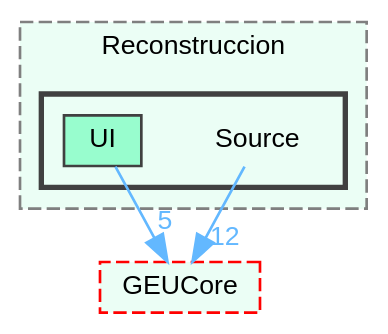
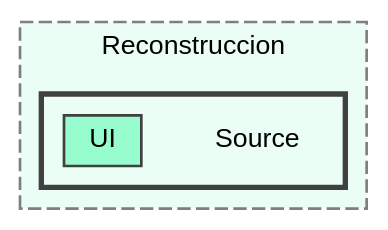
One commit to GGGJaen/GGGJaen.github.io changed the diagram in DevDocs/dir_e0f6bb79a60990e7385239c965311f8f_dep.dot. Above: the diagram before and after it, drawn with Graphviz. The commit also changed 503 other files, not shown here.

```diff
--- a/DevDocs/dir_e0f6bb79a60990e7385239c965311f8f_dep.dot
+++ b/DevDocs/dir_e0f6bb79a60990e7385239c965311f8f_dep.dot
@@ -1,19 +1,16 @@
 digraph "C:/GEU/GEUModules/Reconstruccion/Source"
 {
  // LATEX_PDF_SIZE
   bgcolor="transparent";
   edge [fontname=Helvetica,fontsize=10,labelfontname=Helvetica,labelfontsize=10];
   node [fontname=Helvetica,fontsize=10,shape=box,height=0.2,width=0.4];
   compound=true
   subgraph clusterdir_ab3852577ff19ca34a462b36a64867c4 {
     graph [ bgcolor="#ebfef5", pencolor="grey50", label="Reconstruccion", fontname=Helvetica,fontsize=10 style="filled,dashed", URL="dir_ab3852577ff19ca34a462b36a64867c4.html",tooltip=""]
   subgraph clusterdir_e0f6bb79a60990e7385239c965311f8f {
     graph [ bgcolor="#ebfef5", pencolor="grey25", label="", fontname=Helvetica,fontsize=10 style="filled,bold", URL="dir_e0f6bb79a60990e7385239c965311f8f.html",tooltip=""]
     dir_e0f6bb79a60990e7385239c965311f8f [shape=plaintext, label="Source"];
   dir_d1ffd46e8c937f6105b7c86b41d1a087 [label="UI", fillcolor="#98fdce", color="grey25", style="filled", URL="dir_d1ffd46e8c937f6105b7c86b41d1a087.html",tooltip=""];
   }
   }
-  dir_27e7292ccf631aad9354b9464cb90a84 [label="GEUCore", fillcolor="#ebfef5", color="red", style="filled,dashed", URL="dir_27e7292ccf631aad9354b9464cb90a84.html",tooltip=""];
-  dir_e0f6bb79a60990e7385239c965311f8f->dir_27e7292ccf631aad9354b9464cb90a84 [headlabel="12", labeldistance=1.5 headhref="dir_000040_000015.html" href="dir_000040_000015.html" color="steelblue1" fontcolor="steelblue1"];
-  dir_d1ffd46e8c937f6105b7c86b41d1a087->dir_27e7292ccf631aad9354b9464cb90a84 [headlabel="5", labeldistance=1.5 headhref="dir_000052_000015.html" href="dir_000052_000015.html" color="steelblue1" fontcolor="steelblue1"];
 }
```
